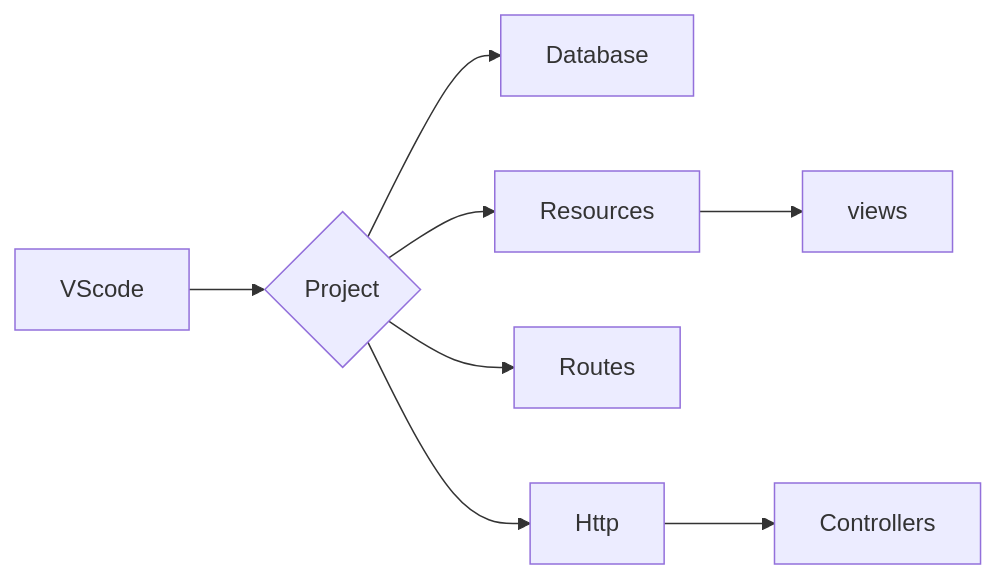
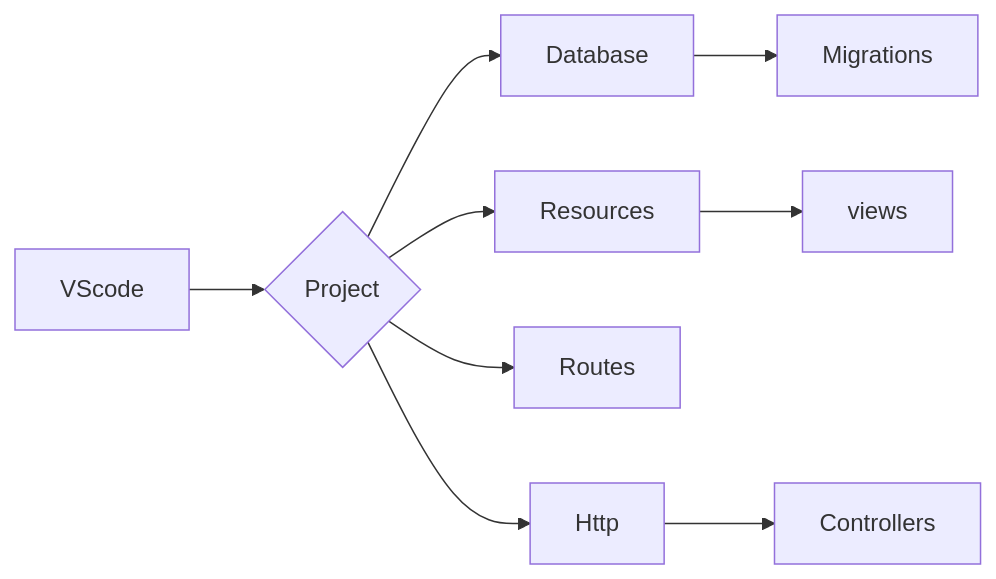
The diagram in readme.md (SauloCandeira/PHP-Laravel), drawn with Mermaid before and after one commit.

````diff
--- a/readme.md
+++ b/readme.md
@@ -19,13 +19,15 @@
 ```mermaid
 flowchart LR
 B[VScode]
 
 B --> C{Project}
+
 C --> P[Database]
+P --> Q[Migrations]
 
 C --> N[Resources]
 N --> O[views]
 C --> K[Routes]
 C --> L[Http]
 L --> M[Controllers]
 ```
````
